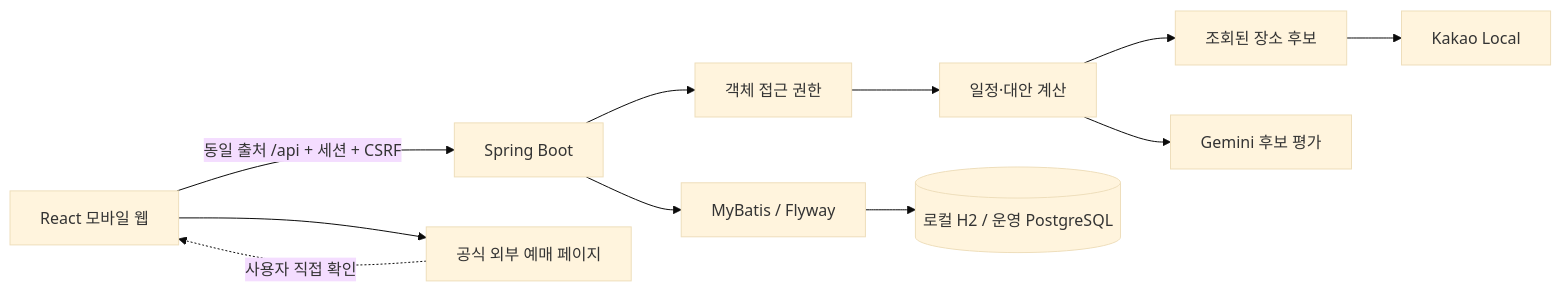
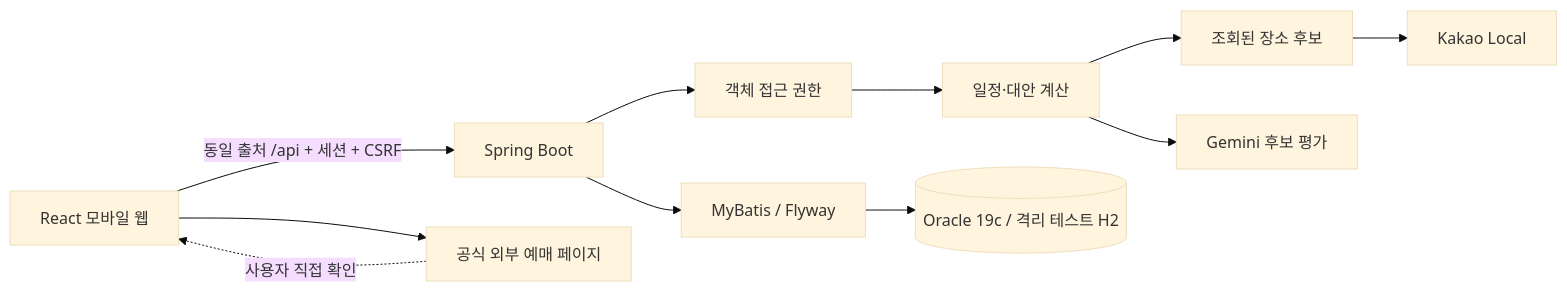
Before and after one commit to SudalSudal01/yeohaeng-pick: the diagram in docs/architecture.md, drawn with Mermaid (base theme). The commit also changed other lines of this file and 39 other files, not shown here.

Commit message:
feat: migrate travel storage to Oracle with verified data import

````diff
--- a/docs/architecture.md
+++ b/docs/architecture.md
@@ -25,13 +29,13 @@
 ```mermaid
 flowchart LR
   UI[React 모바일 웹] -->|동일 출처 /api + 세션 + CSRF| API[Spring Boot]
   API --> AUTH[객체 접근 권한]
   AUTH --> PLAN[일정·대안 계산]
   API --> DATA[MyBatis / Flyway]
-  DATA --> DB[(로컬 H2 / 운영 PostgreSQL)]
+  DATA --> DB[(Oracle 19c / 격리 테스트 H2)]
   PLAN --> PLACE[조회된 장소 후보]
   PLACE --> KAKAO[Kakao Local]
   PLAN --> AI[Gemini 후보 평가]
   UI --> BOOK[공식 외부 예매 페이지]
   BOOK -. 사용자 직접 확인 .-> UI
 ```
````
